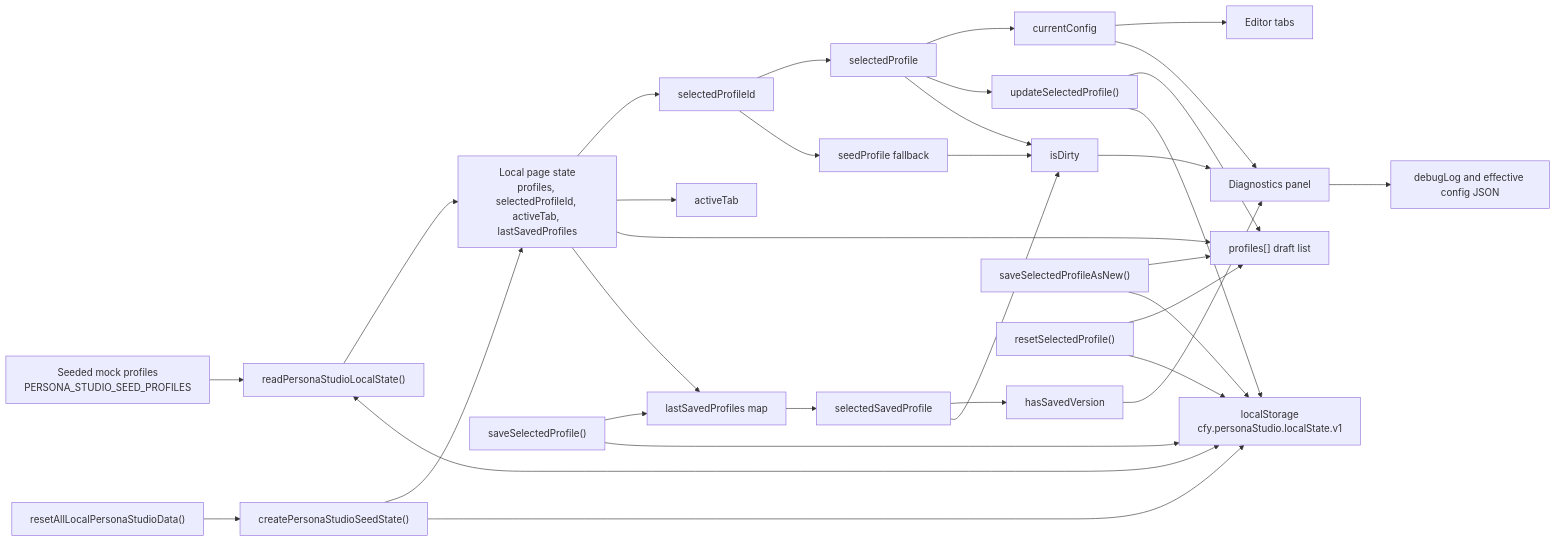
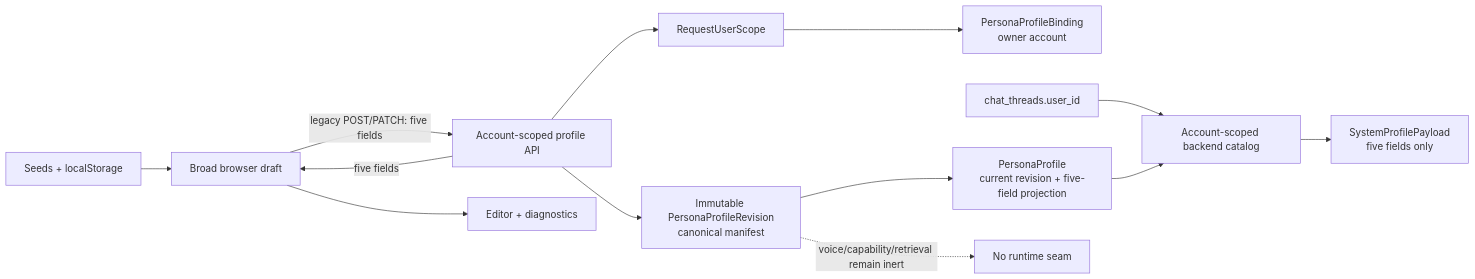
The second of 3 diagrams in docs/architecture/persona-studio.md (Resonant-Jones/Codexify), drawn with Mermaid before and after one commit. The commit also changed other lines of this file and 9 other files, not shown here.

Commit message:
Persist account-owned Persona Profile manifests

````diff
--- a/docs/architecture/persona-studio.md
+++ b/docs/architecture/persona-studio.md
@@ -217,35 +268,15 @@
 ```mermaid
 flowchart LR
-    A["Seeded mock profiles<br/>PERSONA_STUDIO_SEED_PROFILES"] --> B["readPersonaStudioLocalState()"]
-    C["localStorage<br/>cfy.personaStudio.localState.v1"] <--> B
-    B --> D["Local page state<br/>profiles, selectedProfileId, activeTab, lastSavedProfiles"]
-    D --> E["selectedProfileId"]
-    D --> F["activeTab"]
-    D --> G["profiles[] draft list"]
-    D --> H["lastSavedProfiles map"]
-    E --> I["selectedProfile"]
-    E --> J["seedProfile fallback"]
-    I --> K["currentConfig"]
-    I --> L["updateSelectedProfile()"]
-    K --> M["Editor tabs"]
-    K --> N["Diagnostics panel"]
-    H --> O["selectedSavedProfile"]
-    O --> P["hasSavedVersion"]
-    I --> Q["isDirty"]
-    J --> Q
-    O --> Q
-    Q --> N
-    P --> N
-    N --> R["debugLog and effective config JSON"]
-    L --> G
-    L --> C
-    S["saveSelectedProfile()"] --> H
-    S --> C
-    T["saveSelectedProfileAsNew()"] --> G
-    T --> C
-    U["resetSelectedProfile()"] --> G
-    U --> C
-    V["resetAllLocalPersonaStudioData()"] --> W["createPersonaStudioSeedState()"]
-    W --> D
-    W --> C
+    A["Seeds + localStorage"] --> B["Broad browser draft"]
+    C["Account-scoped profile API"] -->|"five fields"| B
+    B --> D["Editor + diagnostics"]
+    B -->|"legacy POST/PATCH: five fields"| C
+    C --> E["RequestUserScope"]
+    E --> F["PersonaProfileBinding<br/>owner account"]
+    C --> G["Immutable PersonaProfileRevision<br/>canonical manifest"]
+    G --> H["PersonaProfile<br/>current revision + five-field projection"]
+    I["chat_threads.user_id"] --> J["Account-scoped backend catalog"]
+    H --> J
+    J --> K["SystemProfilePayload<br/>five fields only"]
+    G -. "voice/capability/retrieval remain inert" .-> L["No runtime seam"]
 ```
````
